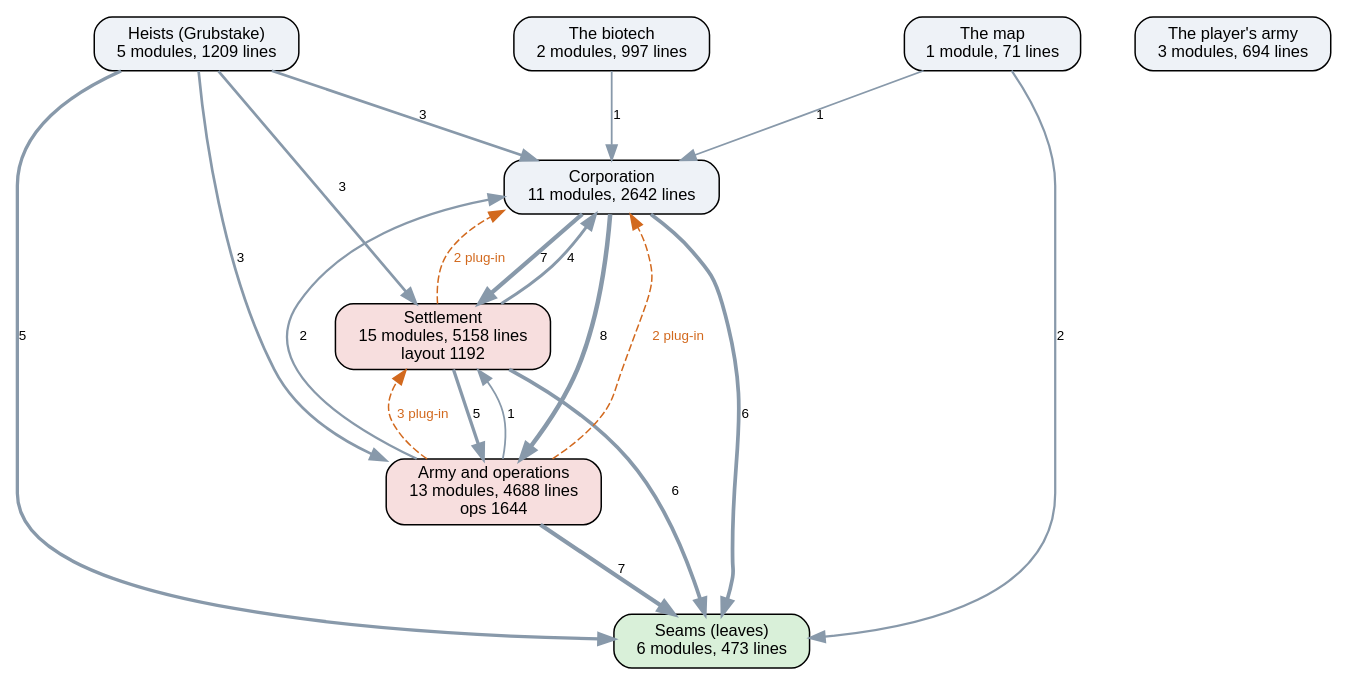
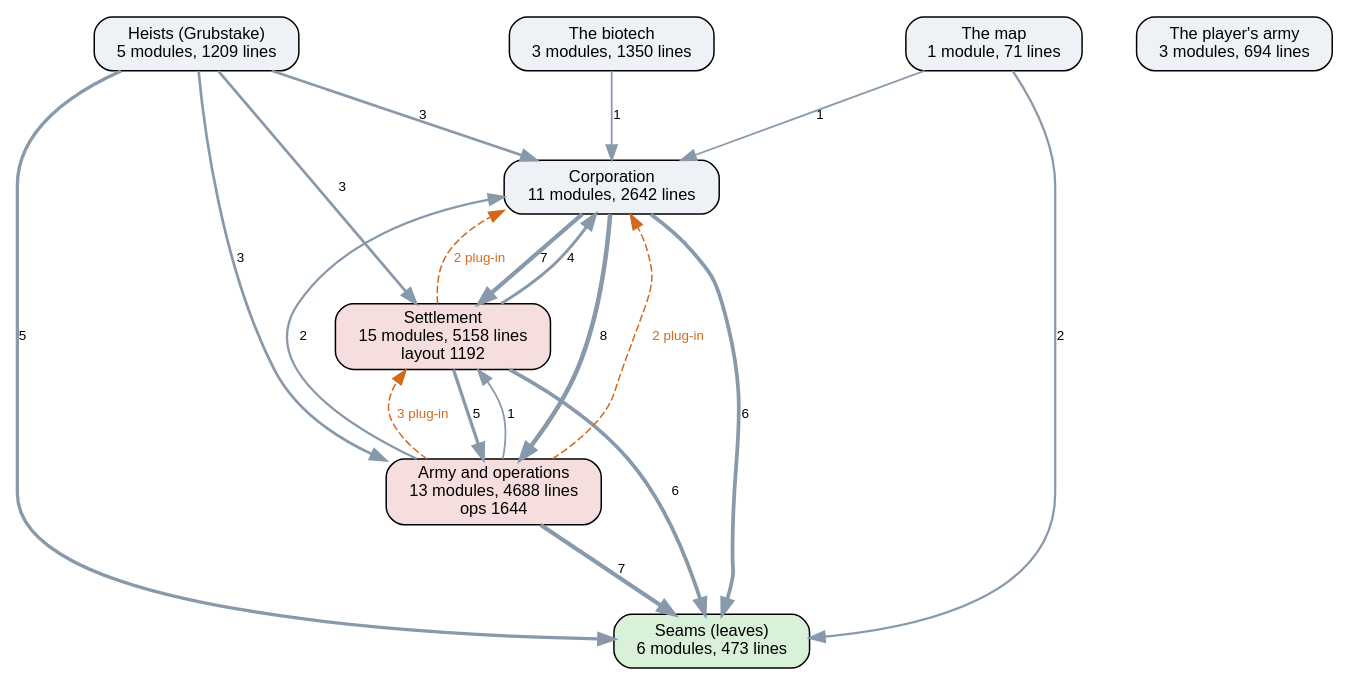
The diagram in docs/ai-layers.dot (kinelhu/landing-party), drawn with Graphviz before and after one commit. The commit also changed 25 other files, not shown here.

```diff
--- a/docs/ai-layers.dot
+++ b/docs/ai-layers.dot
@@ -1,32 +1,32 @@
 digraph layers {
   graph [rankdir=TB, fontname="Helvetica", nodesep=0.5, ranksep=0.7];
   node [shape=box, style="rounded,filled", fontname="Helvetica", fontsize=11, fillcolor="#eef2f7"];
   edge [color="#8899aa", fontname="Helvetica", fontsize=9];
   "Seams (leaves)" [label="Seams (leaves)\n6 modules, 473 lines", fillcolor="#d9f0d9"];
   "Corporation" [label="Corporation\n11 modules, 2642 lines", fillcolor="#eef2f7"];
   "Settlement" [label="Settlement\n15 modules, 5158 lines\nlayout 1192", fillcolor="#f7dede"];
   "Army and operations" [label="Army and operations\n13 modules, 4688 lines\nops 1644", fillcolor="#f7dede"];
   "Heists (Grubstake)" [label="Heists (Grubstake)\n5 modules, 1209 lines", fillcolor="#eef2f7"];
-  "The biotech" [label="The biotech\n2 modules, 997 lines", fillcolor="#eef2f7"];
+  "The biotech" [label="The biotech\n3 modules, 1350 lines", fillcolor="#eef2f7"];
   "The map" [label="The map\n1 module, 71 lines", fillcolor="#eef2f7"];
   "The player's army" [label="The player's army\n3 modules, 694 lines", fillcolor="#eef2f7"];
   "Army and operations" -> "Corporation" [label="2", penwidth=1.5];
   "Army and operations" -> "Seams (leaves)" [label="7", penwidth=2.8];
   "Army and operations" -> "Settlement" [label="1", penwidth=1.2];
   "Corporation" -> "Army and operations" [label="8", penwidth=3.0];
   "Corporation" -> "Seams (leaves)" [label="6", penwidth=2.5];
   "Corporation" -> "Settlement" [label="7", penwidth=2.8];
   "Heists (Grubstake)" -> "Army and operations" [label="3", penwidth=1.8];
   "Heists (Grubstake)" -> "Corporation" [label="3", penwidth=1.8];
   "Heists (Grubstake)" -> "Seams (leaves)" [label="5", penwidth=2.2];
   "Heists (Grubstake)" -> "Settlement" [label="3", penwidth=1.8];
   "Settlement" -> "Army and operations" [label="5", penwidth=2.2];
   "Settlement" -> "Corporation" [label="4", penwidth=2.0];
   "Settlement" -> "Seams (leaves)" [label="6", penwidth=2.5];
   "The biotech" -> "Corporation" [label="1", penwidth=1.2];
   "The map" -> "Corporation" [label="1", penwidth=1.2];
   "The map" -> "Seams (leaves)" [label="2", penwidth=1.5];
   "Army and operations" -> "Corporation" [style=dashed, color="#d2691e", fontcolor="#d2691e", label="2 plug-in"];
   "Army and operations" -> "Settlement" [style=dashed, color="#d2691e", fontcolor="#d2691e", label="3 plug-in"];
   "Settlement" -> "Corporation" [style=dashed, color="#d2691e", fontcolor="#d2691e", label="2 plug-in"];
 }
```
